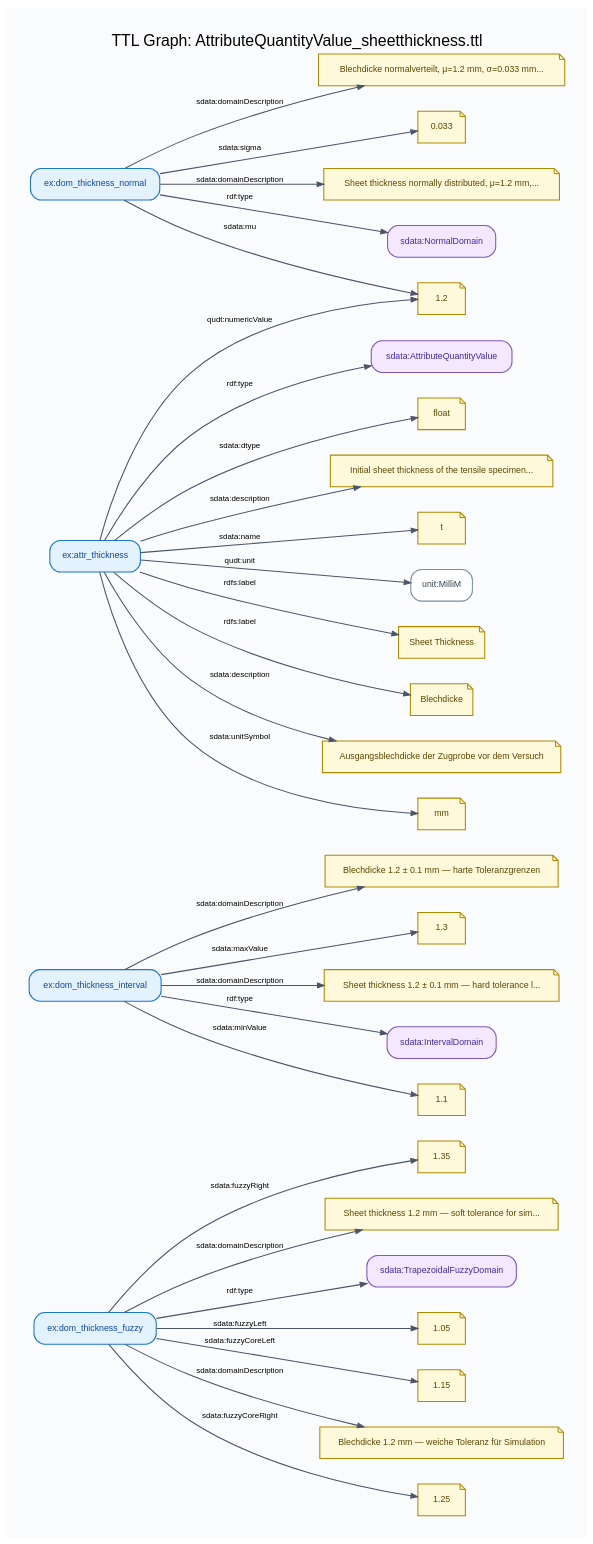
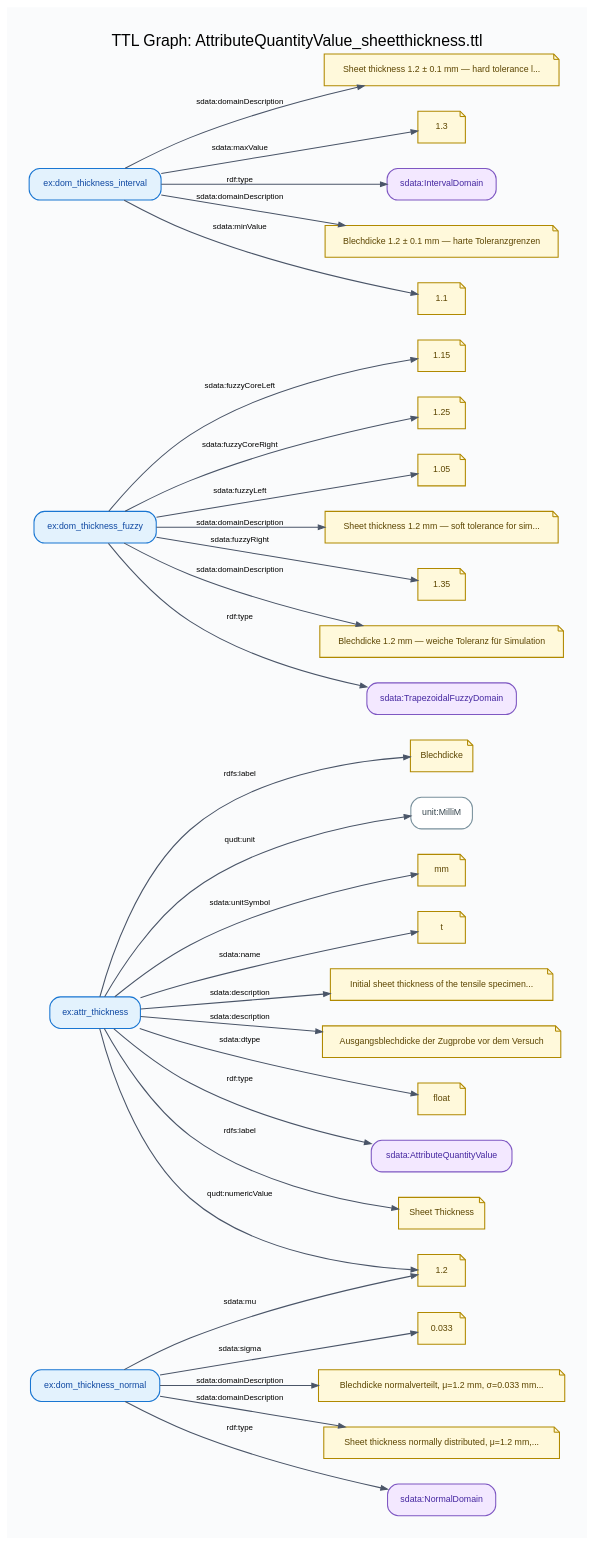
One commit to lepy/sdata-ontology changed the diagram in docs/diagrams/AttributeQuantityValue_sheetthickness-graph.dot. Above: the diagram before and after it, drawn with Graphviz. The commit also changed other lines of this file and 34 other files, not shown here.

```diff
--- a/docs/diagrams/AttributeQuantityValue_sheetthickness-graph.dot
+++ b/docs/diagrams/AttributeQuantityValue_sheetthickness-graph.dot
@@ -26,150 +26,33 @@
 		fontsize=9,
 		penwidth=1.2
 	];
-	"uri::https://example.org/tensile-test/dom_thickness_fuzzy"	[color="#1976D2",
+	"uri::https://example.org/tensile-test/attr_thickness"	[color="#1976D2",
 		fillcolor="#E3F2FD",
 		fontcolor="#0D47A1",
-		label="ex:dom_thickness_fuzzy"];
-	"lit::1.35::http://www.w3.org/2001/XMLSchema#double::"	[color="#B08900",
+		label="ex:attr_thickness"];
+	"lit::Ausgangsblechdicke der Zugprobe vor dem Versuch::::de"	[color="#B08900",
 		fillcolor="#FFF9DB",
 		fontcolor="#5C4500",
-		label=1.35,
+		label="Ausgangsblechdicke der Zugprobe vor dem Versuch",
 		shape=note];
-	"uri::https://example.org/tensile-test/dom_thickness_fuzzy" -> "lit::1.35::http://www.w3.org/2001/XMLSchema#double::"	[label="sdata:fuzzyRight"];
-	"lit::Sheet thickness 1.2 mm — soft tolerance for simulation::::en"	[color="#B08900",
-		fillcolor="#FFF9DB",
-		fontcolor="#5C4500",
-		label="Sheet thickness 1.2 mm — soft tolerance for sim...",
-		shape=note];
-	"uri::https://example.org/tensile-test/dom_thickness_fuzzy" -> "lit::Sheet thickness 1.2 mm — soft tolerance for simulation::::en"	[label="sdata:domainDescription"];
-	"uri::https://w3id.org/sdata/core/TrapezoidalFuzzyDomain"	[color="#7E57C2",
-		fillcolor="#F3E8FF",
-		fontcolor="#4527A0",
-		label="sdata:TrapezoidalFuzzyDomain"];
-	"uri::https://example.org/tensile-test/dom_thickness_fuzzy" -> "uri::https://w3id.org/sdata/core/TrapezoidalFuzzyDomain"	[label="rdf:type"];
-	"lit::1.05::http://www.w3.org/2001/XMLSchema#double::"	[color="#B08900",
-		fillcolor="#FFF9DB",
-		fontcolor="#5C4500",
-		label=1.05,
-		shape=note];
-	"uri::https://example.org/tensile-test/dom_thickness_fuzzy" -> "lit::1.05::http://www.w3.org/2001/XMLSchema#double::"	[label="sdata:fuzzyLeft"];
-	"lit::1.15::http://www.w3.org/2001/XMLSchema#double::"	[color="#B08900",
-		fillcolor="#FFF9DB",
-		fontcolor="#5C4500",
-		label=1.15,
-		shape=note];
-	"uri::https://example.org/tensile-test/dom_thickness_fuzzy" -> "lit::1.15::http://www.w3.org/2001/XMLSchema#double::"	[label="sdata:fuzzyCoreLeft"];
-	"lit::Blechdicke 1.2 mm — weiche Toleranz für Simulation::::de"	[color="#B08900",
-		fillcolor="#FFF9DB",
-		fontcolor="#5C4500",
-		label="Blechdicke 1.2 mm — weiche Toleranz für Simulation",
-		shape=note];
-	"uri::https://example.org/tensile-test/dom_thickness_fuzzy" -> "lit::Blechdicke 1.2 mm — weiche Toleranz für Simulation::::de"	[label="sdata:domainDescription"];
-	"lit::1.25::http://www.w3.org/2001/XMLSchema#double::"	[color="#B08900",
-		fillcolor="#FFF9DB",
-		fontcolor="#5C4500",
-		label=1.25,
-		shape=note];
-	"uri::https://example.org/tensile-test/dom_thickness_fuzzy" -> "lit::1.25::http://www.w3.org/2001/XMLSchema#double::"	[label="sdata:fuzzyCoreRight"];
-	"uri::https://example.org/tensile-test/dom_thickness_interval"	[color="#1976D2",
-		fillcolor="#E3F2FD",
-		fontcolor="#0D47A1",
-		label="ex:dom_thickness_interval"];
-	"lit::Blechdicke 1.2 ± 0.1 mm — harte Toleranzgrenzen::::de"	[color="#B08900",
-		fillcolor="#FFF9DB",
-		fontcolor="#5C4500",
-		label="Blechdicke 1.2 ± 0.1 mm — harte Toleranzgrenzen",
-		shape=note];
-	"uri::https://example.org/tensile-test/dom_thickness_interval" -> "lit::Blechdicke 1.2 ± 0.1 mm — harte Toleranzgrenzen::::de"	[label="sdata:domainDescription"];
-	"lit::1.3::http://www.w3.org/2001/XMLSchema#double::"	[color="#B08900",
-		fillcolor="#FFF9DB",
-		fontcolor="#5C4500",
-		label=1.3,
-		shape=note];
-	"uri::https://example.org/tensile-test/dom_thickness_interval" -> "lit::1.3::http://www.w3.org/2001/XMLSchema#double::"	[label="sdata:maxValue"];
-	"lit::Sheet thickness 1.2 ± 0.1 mm — hard tolerance limits::::en"	[color="#B08900",
-		fillcolor="#FFF9DB",
-		fontcolor="#5C4500",
-		label="Sheet thickness 1.2 ± 0.1 mm — hard tolerance l...",
-		shape=note];
-	"uri::https://example.org/tensile-test/dom_thickness_interval" -> "lit::Sheet thickness 1.2 ± 0.1 mm — hard tolerance limits::::en"	[label="sdata:domainDescription"];
-	"uri::https://w3id.org/sdata/core/IntervalDomain"	[color="#7E57C2",
-		fillcolor="#F3E8FF",
-		fontcolor="#4527A0",
-		label="sdata:IntervalDomain"];
-	"uri::https://example.org/tensile-test/dom_thickness_interval" -> "uri::https://w3id.org/sdata/core/IntervalDomain"	[label="rdf:type"];
-	"lit::1.1::http://www.w3.org/2001/XMLSchema#double::"	[color="#B08900",
-		fillcolor="#FFF9DB",
-		fontcolor="#5C4500",
-		label=1.1,
-		shape=note];
-	"uri::https://example.org/tensile-test/dom_thickness_interval" -> "lit::1.1::http://www.w3.org/2001/XMLSchema#double::"	[label="sdata:minValue"];
-	"uri::https://example.org/tensile-test/dom_thickness_normal"	[color="#1976D2",
-		fillcolor="#E3F2FD",
-		fontcolor="#0D47A1",
-		label="ex:dom_thickness_normal"];
-	"lit::Blechdicke normalverteilt, μ=1.2 mm, σ=0.033 mm (3σ=0.1 mm)::::de"	[color="#B08900",
-		fillcolor="#FFF9DB",
-		fontcolor="#5C4500",
-		label="Blechdicke normalverteilt, μ=1.2 mm, σ=0.033 mm...",
-		shape=note];
-	"uri::https://example.org/tensile-test/dom_thickness_normal" -> "lit::Blechdicke normalverteilt, μ=1.2 mm, σ=0.033 mm (3σ=0.1 mm)::::de"	[label="sdata:domainDescription"];
-	"lit::0.033::http://www.w3.org/2001/XMLSchema#double::"	[color="#B08900",
-		fillcolor="#FFF9DB",
-		fontcolor="#5C4500",
-		label=0.033,
-		shape=note];
-	"uri::https://example.org/tensile-test/dom_thickness_normal" -> "lit::0.033::http://www.w3.org/2001/XMLSchema#double::"	[label="sdata:sigma"];
-	"lit::Sheet thickness normally distributed, μ=1.2 mm, σ=0.033 mm (3σ=0.1 mm)::::en"	[color="#B08900",
-		fillcolor="#FFF9DB",
-		fontcolor="#5C4500",
-		label="Sheet thickness normally distributed, μ=1.2 mm,...",
-		shape=note];
-	"uri::https://example.org/tensile-test/dom_thickness_normal" -> "lit::Sheet thickness normally distributed, μ=1.2 mm, σ=0.033 mm (3σ=0.1 mm)::::en"	[label="sdata:domainDescription"];
-	"uri::https://w3id.org/sdata/core/NormalDomain"	[color="#7E57C2",
-		fillcolor="#F3E8FF",
-		fontcolor="#4527A0",
-		label="sdata:NormalDomain"];
-	"uri::https://example.org/tensile-test/dom_thickness_normal" -> "uri::https://w3id.org/sdata/core/NormalDomain"	[label="rdf:type"];
+	"uri::https://example.org/tensile-test/attr_thickness" -> "lit::Ausgangsblechdicke der Zugprobe vor dem Versuch::::de"	[label="sdata:description"];
 	"lit::1.2::http://www.w3.org/2001/XMLSchema#double::"	[color="#B08900",
 		fillcolor="#FFF9DB",
 		fontcolor="#5C4500",
 		label=1.2,
 		shape=note];
-	"uri::https://example.org/tensile-test/dom_thickness_normal" -> "lit::1.2::http://www.w3.org/2001/XMLSchema#double::"	[label="sdata:mu"];
-	"uri::https://example.org/tensile-test/attr_thickness"	[color="#1976D2",
-		fillcolor="#E3F2FD",
-		fontcolor="#0D47A1",
-		label="ex:attr_thickness"];
-	"uri::https://w3id.org/sdata/core/AttributeQuantityValue"	[color="#7E57C2",
-		fillcolor="#F3E8FF",
-		fontcolor="#4527A0",
-		label="sdata:AttributeQuantityValue"];
-	"uri::https://example.org/tensile-test/attr_thickness" -> "uri::https://w3id.org/sdata/core/AttributeQuantityValue"	[label="rdf:type"];
+	"uri::https://example.org/tensile-test/attr_thickness" -> "lit::1.2::http://www.w3.org/2001/XMLSchema#double::"	[label="qudt:numericValue"];
 	"lit::float::::"	[color="#B08900",
 		fillcolor="#FFF9DB",
 		fontcolor="#5C4500",
 		label=float,
 		shape=note];
 	"uri::https://example.org/tensile-test/attr_thickness" -> "lit::float::::"	[label="sdata:dtype"];
-	"lit::Initial sheet thickness of the tensile specimen before testing::::en"	[color="#B08900",
-		fillcolor="#FFF9DB",
-		fontcolor="#5C4500",
-		label="Initial sheet thickness of the tensile specimen...",
-		shape=note];
-	"uri::https://example.org/tensile-test/attr_thickness" -> "lit::Initial sheet thickness of the tensile specimen before testing::::en"	[label="sdata:description"];
-	"lit::t::::"	[color="#B08900",
-		fillcolor="#FFF9DB",
-		fontcolor="#5C4500",
-		label=t,
-		shape=note];
-	"uri::https://example.org/tensile-test/attr_thickness" -> "lit::t::::"	[label="sdata:name"];
-	"uri::https://example.org/tensile-test/attr_thickness" -> "lit::1.2::http://www.w3.org/2001/XMLSchema#double::"	[label="qudt:numericValue"];
-	"uri::http://qudt.org/vocab/unit/MilliM"	[color="#78909C",
-		fillcolor="#FFFFFF",
-		fontcolor="#37474F",
-		label="unit:MilliM"];
-	"uri::https://example.org/tensile-test/attr_thickness" -> "uri::http://qudt.org/vocab/unit/MilliM"	[label="qudt:unit"];
+	"uri::https://w3id.org/sdata/core/AttributeQuantityValue"	[color="#7E57C2",
+		fillcolor="#F3E8FF",
+		fontcolor="#4527A0",
+		label="sdata:AttributeQuantityValue"];
+	"uri::https://example.org/tensile-test/attr_thickness" -> "uri::https://w3id.org/sdata/core/AttributeQuantityValue"	[label="rdf:type"];
 	"lit::Sheet Thickness::::en"	[color="#B08900",
 		fillcolor="#FFF9DB",
 		fontcolor="#5C4500",
@@ -182,16 +65,133 @@
 		label=Blechdicke,
 		shape=note];
 	"uri::https://example.org/tensile-test/attr_thickness" -> "lit::Blechdicke::::de"	[label="rdfs:label"];
-	"lit::Ausgangsblechdicke der Zugprobe vor dem Versuch::::de"	[color="#B08900",
-		fillcolor="#FFF9DB",
-		fontcolor="#5C4500",
-		label="Ausgangsblechdicke der Zugprobe vor dem Versuch",
-		shape=note];
-	"uri::https://example.org/tensile-test/attr_thickness" -> "lit::Ausgangsblechdicke der Zugprobe vor dem Versuch::::de"	[label="sdata:description"];
+	"uri::http://qudt.org/vocab/unit/MilliM"	[color="#78909C",
+		fillcolor="#FFFFFF",
+		fontcolor="#37474F",
+		label="unit:MilliM"];
+	"uri::https://example.org/tensile-test/attr_thickness" -> "uri::http://qudt.org/vocab/unit/MilliM"	[label="qudt:unit"];
 	"lit::mm::::"	[color="#B08900",
 		fillcolor="#FFF9DB",
 		fontcolor="#5C4500",
 		label=mm,
 		shape=note];
 	"uri::https://example.org/tensile-test/attr_thickness" -> "lit::mm::::"	[label="sdata:unitSymbol"];
+	"lit::t::::"	[color="#B08900",
+		fillcolor="#FFF9DB",
+		fontcolor="#5C4500",
+		label=t,
+		shape=note];
+	"uri::https://example.org/tensile-test/attr_thickness" -> "lit::t::::"	[label="sdata:name"];
+	"lit::Initial sheet thickness of the tensile specimen before testing::::en"	[color="#B08900",
+		fillcolor="#FFF9DB",
+		fontcolor="#5C4500",
+		label="Initial sheet thickness of the tensile specimen...",
+		shape=note];
+	"uri::https://example.org/tensile-test/attr_thickness" -> "lit::Initial sheet thickness of the tensile specimen before testing::::en"	[label="sdata:description"];
+	"uri::https://example.org/tensile-test/dom_thickness_normal"	[color="#1976D2",
+		fillcolor="#E3F2FD",
+		fontcolor="#0D47A1",
+		label="ex:dom_thickness_normal"];
+	"lit::0.033::http://www.w3.org/2001/XMLSchema#double::"	[color="#B08900",
+		fillcolor="#FFF9DB",
+		fontcolor="#5C4500",
+		label=0.033,
+		shape=note];
+	"uri::https://example.org/tensile-test/dom_thickness_normal" -> "lit::0.033::http://www.w3.org/2001/XMLSchema#double::"	[label="sdata:sigma"];
+	"uri::https://example.org/tensile-test/dom_thickness_normal" -> "lit::1.2::http://www.w3.org/2001/XMLSchema#double::"	[label="sdata:mu"];
+	"lit::Blechdicke normalverteilt, μ=1.2 mm, σ=0.033 mm (3σ=0.1 mm)::::de"	[color="#B08900",
+		fillcolor="#FFF9DB",
+		fontcolor="#5C4500",
+		label="Blechdicke normalverteilt, μ=1.2 mm, σ=0.033 mm...",
+		shape=note];
+	"uri::https://example.org/tensile-test/dom_thickness_normal" -> "lit::Blechdicke normalverteilt, μ=1.2 mm, σ=0.033 mm (3σ=0.1 mm)::::de"	[label="sdata:domainDescription"];
+	"lit::Sheet thickness normally distributed, μ=1.2 mm, σ=0.033 mm (3σ=0.1 mm)::::en"	[color="#B08900",
+		fillcolor="#FFF9DB",
+		fontcolor="#5C4500",
+		label="Sheet thickness normally distributed, μ=1.2 mm,...",
+		shape=note];
+	"uri::https://example.org/tensile-test/dom_thickness_normal" -> "lit::Sheet thickness normally distributed, μ=1.2 mm, σ=0.033 mm (3σ=0.1 mm)::::en"	[label="sdata:domainDescription"];
+	"uri::https://w3id.org/sdata/core/NormalDomain"	[color="#7E57C2",
+		fillcolor="#F3E8FF",
+		fontcolor="#4527A0",
+		label="sdata:NormalDomain"];
+	"uri::https://example.org/tensile-test/dom_thickness_normal" -> "uri::https://w3id.org/sdata/core/NormalDomain"	[label="rdf:type"];
+	"uri::https://example.org/tensile-test/dom_thickness_fuzzy"	[color="#1976D2",
+		fillcolor="#E3F2FD",
+		fontcolor="#0D47A1",
+		label="ex:dom_thickness_fuzzy"];
+	"lit::1.15::http://www.w3.org/2001/XMLSchema#double::"	[color="#B08900",
+		fillcolor="#FFF9DB",
+		fontcolor="#5C4500",
+		label=1.15,
+		shape=note];
+	"uri::https://example.org/tensile-test/dom_thickness_fuzzy" -> "lit::1.15::http://www.w3.org/2001/XMLSchema#double::"	[label="sdata:fuzzyCoreLeft"];
+	"lit::1.25::http://www.w3.org/2001/XMLSchema#double::"	[color="#B08900",
+		fillcolor="#FFF9DB",
+		fontcolor="#5C4500",
+		label=1.25,
+		shape=note];
+	"uri::https://example.org/tensile-test/dom_thickness_fuzzy" -> "lit::1.25::http://www.w3.org/2001/XMLSchema#double::"	[label="sdata:fuzzyCoreRight"];
+	"lit::1.05::http://www.w3.org/2001/XMLSchema#double::"	[color="#B08900",
+		fillcolor="#FFF9DB",
+		fontcolor="#5C4500",
+		label=1.05,
+		shape=note];
+	"uri::https://example.org/tensile-test/dom_thickness_fuzzy" -> "lit::1.05::http://www.w3.org/2001/XMLSchema#double::"	[label="sdata:fuzzyLeft"];
+	"lit::Sheet thickness 1.2 mm — soft tolerance for simulation::::en"	[color="#B08900",
+		fillcolor="#FFF9DB",
+		fontcolor="#5C4500",
+		label="Sheet thickness 1.2 mm — soft tolerance for sim...",
+		shape=note];
+	"uri::https://example.org/tensile-test/dom_thickness_fuzzy" -> "lit::Sheet thickness 1.2 mm — soft tolerance for simulation::::en"	[label="sdata:domainDescription"];
+	"lit::1.35::http://www.w3.org/2001/XMLSchema#double::"	[color="#B08900",
+		fillcolor="#FFF9DB",
+		fontcolor="#5C4500",
+		label=1.35,
+		shape=note];
+	"uri::https://example.org/tensile-test/dom_thickness_fuzzy" -> "lit::1.35::http://www.w3.org/2001/XMLSchema#double::"	[label="sdata:fuzzyRight"];
+	"lit::Blechdicke 1.2 mm — weiche Toleranz für Simulation::::de"	[color="#B08900",
+		fillcolor="#FFF9DB",
+		fontcolor="#5C4500",
+		label="Blechdicke 1.2 mm — weiche Toleranz für Simulation",
+		shape=note];
+	"uri::https://example.org/tensile-test/dom_thickness_fuzzy" -> "lit::Blechdicke 1.2 mm — weiche Toleranz für Simulation::::de"	[label="sdata:domainDescription"];
+	"uri::https://w3id.org/sdata/core/TrapezoidalFuzzyDomain"	[color="#7E57C2",
+		fillcolor="#F3E8FF",
+		fontcolor="#4527A0",
+		label="sdata:TrapezoidalFuzzyDomain"];
+	"uri::https://example.org/tensile-test/dom_thickness_fuzzy" -> "uri::https://w3id.org/sdata/core/TrapezoidalFuzzyDomain"	[label="rdf:type"];
+	"uri::https://example.org/tensile-test/dom_thickness_interval"	[color="#1976D2",
+		fillcolor="#E3F2FD",
+		fontcolor="#0D47A1",
+		label="ex:dom_thickness_interval"];
+	"lit::Sheet thickness 1.2 ± 0.1 mm — hard tolerance limits::::en"	[color="#B08900",
+		fillcolor="#FFF9DB",
+		fontcolor="#5C4500",
+		label="Sheet thickness 1.2 ± 0.1 mm — hard tolerance l...",
+		shape=note];
+	"uri::https://example.org/tensile-test/dom_thickness_interval" -> "lit::Sheet thickness 1.2 ± 0.1 mm — hard tolerance limits::::en"	[label="sdata:domainDescription"];
+	"lit::1.3::http://www.w3.org/2001/XMLSchema#double::"	[color="#B08900",
+		fillcolor="#FFF9DB",
+		fontcolor="#5C4500",
+		label=1.3,
+		shape=note];
+	"uri::https://example.org/tensile-test/dom_thickness_interval" -> "lit::1.3::http://www.w3.org/2001/XMLSchema#double::"	[label="sdata:maxValue"];
+	"uri::https://w3id.org/sdata/core/IntervalDomain"	[color="#7E57C2",
+		fillcolor="#F3E8FF",
+		fontcolor="#4527A0",
+		label="sdata:IntervalDomain"];
+	"uri::https://example.org/tensile-test/dom_thickness_interval" -> "uri::https://w3id.org/sdata/core/IntervalDomain"	[label="rdf:type"];
+	"lit::Blechdicke 1.2 ± 0.1 mm — harte Toleranzgrenzen::::de"	[color="#B08900",
+		fillcolor="#FFF9DB",
+		fontcolor="#5C4500",
+		label="Blechdicke 1.2 ± 0.1 mm — harte Toleranzgrenzen",
+		shape=note];
+	"uri::https://example.org/tensile-test/dom_thickness_interval" -> "lit::Blechdicke 1.2 ± 0.1 mm — harte Toleranzgrenzen::::de"	[label="sdata:domainDescription"];
+	"lit::1.1::http://www.w3.org/2001/XMLSchema#double::"	[color="#B08900",
+		fillcolor="#FFF9DB",
+		fontcolor="#5C4500",
+		label=1.1,
+		shape=note];
+	"uri::https://example.org/tensile-test/dom_thickness_interval" -> "lit::1.1::http://www.w3.org/2001/XMLSchema#double::"	[label="sdata:minValue"];
 }
```
